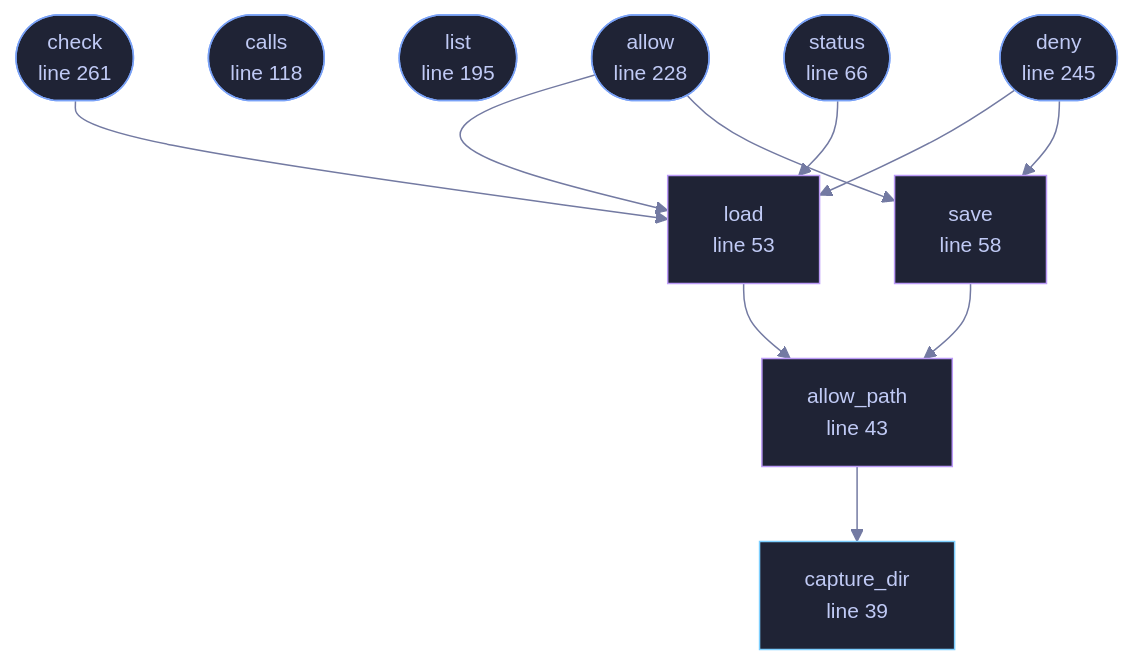
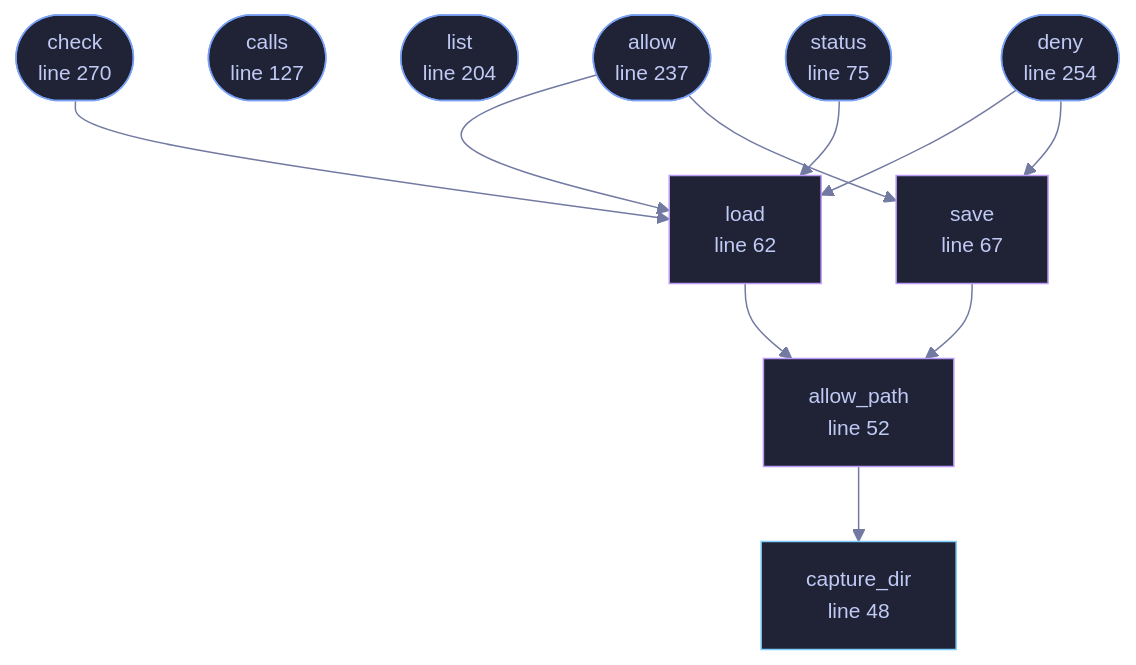
One commit to tilas01/veilvoice changed the diagram in docs/files/veilvoice-cli/capture.md. Above: the diagram before and after it, drawn with Mermaid. The commit also changed other lines of this file and 487 other files, not shown here.

````diff
--- a/docs/files/veilvoice-cli/capture.md
+++ b/docs/files/veilvoice-cli/capture.md
@@ -87,39 +97,39 @@
 ```mermaid
 %%{init: {"theme":"base","themeVariables":{"background":"#1a1b26","primaryColor":"#1f2335","primaryTextColor":"#c0caf5","primaryBorderColor":"#7aa2f7","secondaryColor":"#16161e","tertiaryColor":"#16161e","lineColor":"#737aa2","textColor":"#c0caf5","mainBkg":"#1f2335","nodeBorder":"#7aa2f7","clusterBkg":"#16161e","clusterBorder":"#2f3549","fontFamily":"ui-monospace, SFMono-Regular, Consolas, monospace","fontSize":"14px"}}}%%
 flowchart TD
-    n_capture_dir["capture_dir<br/>line 39"]
-    n_allow_path["allow_path<br/>line 43"]
-    n_load["load<br/>line 53"]
-    n_save["save<br/>line 58"]
-    n_status(["status<br/>line 66"])
-    n_calls(["calls<br/>line 118"])
-    n_list(["list<br/>line 195"])
-    n_allow(["allow<br/>line 228"])
-    n_deny(["deny<br/>line 245"])
-    n_check(["check<br/>line 261"])
+    n_capture_dir["capture_dir<br/>line 48"]
+    n_allow_path["allow_path<br/>line 52"]
+    n_load["load<br/>line 62"]
+    n_save["save<br/>line 67"]
+    n_status(["status<br/>line 75"])
+    n_calls(["calls<br/>line 127"])
+    n_list(["list<br/>line 204"])
+    n_allow(["allow<br/>line 237"])
+    n_deny(["deny<br/>line 254"])
+    n_check(["check<br/>line 270"])
     n_allow --> n_load
     n_allow --> n_save
     n_allow_path --> n_capture_dir
     n_check --> n_load
     n_deny --> n_load
     n_deny --> n_save
     n_load --> n_allow_path
     n_save --> n_allow_path
     n_status --> n_load
-    click n_capture_dir href "https://github.com/tilas01/veilvoice/blob/main/crates/veilvoice-cli/src/capture.rs#L39" "open the source"
-    click n_allow_path href "https://github.com/tilas01/veilvoice/blob/main/crates/veilvoice-cli/src/capture.rs#L43" "open the source"
-    click n_load href "https://github.com/tilas01/veilvoice/blob/main/crates/veilvoice-cli/src/capture.rs#L53" "open the source"
-    click n_save href "https://github.com/tilas01/veilvoice/blob/main/crates/veilvoice-cli/src/capture.rs#L58" "open the source"
-    click n_status href "https://github.com/tilas01/veilvoice/blob/main/crates/veilvoice-cli/src/capture.rs#L66" "open the source"
-    click n_calls href "https://github.com/tilas01/veilvoice/blob/main/crates/veilvoice-cli/src/capture.rs#L118" "open the source"
-    click n_list href "https://github.com/tilas01/veilvoice/blob/main/crates/veilvoice-cli/src/capture.rs#L195" "open the source"
-    click n_allow href "https://github.com/tilas01/veilvoice/blob/main/crates/veilvoice-cli/src/capture.rs#L228" "open the source"
-    click n_deny href "https://github.com/tilas01/veilvoice/blob/main/crates/veilvoice-cli/src/capture.rs#L245" "open the source"
-    click n_check href "https://github.com/tilas01/veilvoice/blob/main/crates/veilvoice-cli/src/capture.rs#L261" "open the source"
+    click n_capture_dir href "https://github.com/tilas01/veilvoice/blob/main/crates/veilvoice-cli/src/capture.rs#L48" "open the source"
+    click n_allow_path href "https://github.com/tilas01/veilvoice/blob/main/crates/veilvoice-cli/src/capture.rs#L52" "open the source"
+    click n_load href "https://github.com/tilas01/veilvoice/blob/main/crates/veilvoice-cli/src/capture.rs#L62" "open the source"
+    click n_save href "https://github.com/tilas01/veilvoice/blob/main/crates/veilvoice-cli/src/capture.rs#L67" "open the source"
+    click n_status href "https://github.com/tilas01/veilvoice/blob/main/crates/veilvoice-cli/src/capture.rs#L75" "open the source"
+    click n_calls href "https://github.com/tilas01/veilvoice/blob/main/crates/veilvoice-cli/src/capture.rs#L127" "open the source"
+    click n_list href "https://github.com/tilas01/veilvoice/blob/main/crates/veilvoice-cli/src/capture.rs#L204" "open the source"
+    click n_allow href "https://github.com/tilas01/veilvoice/blob/main/crates/veilvoice-cli/src/capture.rs#L237" "open the source"
+    click n_deny href "https://github.com/tilas01/veilvoice/blob/main/crates/veilvoice-cli/src/capture.rs#L254" "open the source"
+    click n_check href "https://github.com/tilas01/veilvoice/blob/main/crates/veilvoice-cli/src/capture.rs#L270" "open the source"
     classDef entry fill:#1f2335,stroke:#7aa2f7,color:#c0caf5
     class n_status,n_calls,n_list,n_allow,n_deny,n_check entry
     classDef api fill:#1f2335,stroke:#7dcfff,color:#c0caf5
     class n_capture_dir api
     classDef helper fill:#1f2335,stroke:#bb9af7,color:#c0caf5
     class n_allow_path,n_load,n_save helper
 ```
````
